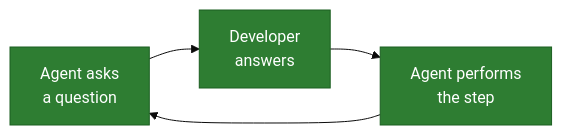
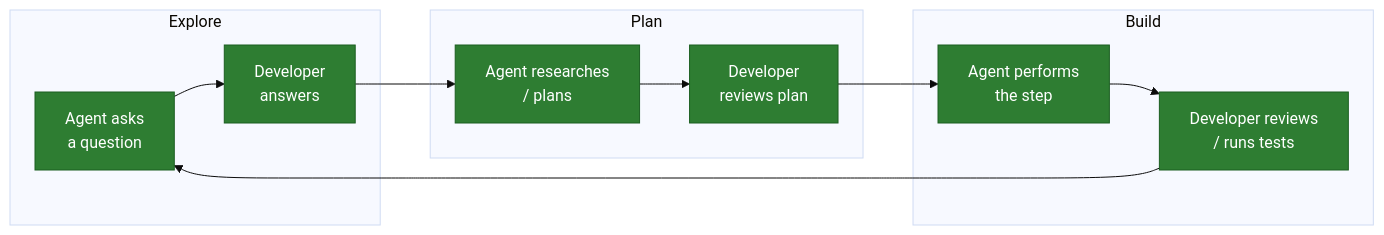
Diagram 16 of 22 in Project_Portfolio/Project 1/Project_1.md (antipev/sql_preparation), drawn with Mermaid (base theme) before and after one commit. The commit also changed other lines of this file, not shown here.

````diff
--- a/Project_Portfolio/Project 1/Project_1.md
+++ b/Project_Portfolio/Project 1/Project_1.md
@@ -966,7 +966,18 @@
 ```mermaid
 flowchart LR
-    Q["Agent asks<br/>a question"] --> A["Developer<br/>answers"] --> P["Agent performs<br/>the step"] --> Q
+    subgraph Explore["Explore"]
+        Q["Agent asks<br/>a question"] --> A["Developer<br/>answers"]
+    end
+    subgraph Plan["Plan"]
+        R["Agent researches<br/>/ plans"] --> RV["Developer<br/>reviews plan"]
+    end
+    subgraph Build["Build"]
+        P["Agent performs<br/>the step"] --> T["Developer reviews<br/>/ runs tests"]
+    end
+    A --> R
+    RV --> P
+    T --> Q
 
     classDef loop fill:#2E7D32,stroke:#1B5E20,color:#fff
-    class Q,A,P loop
+    class Q,A,R,RV,P,T loop
 ```
````
